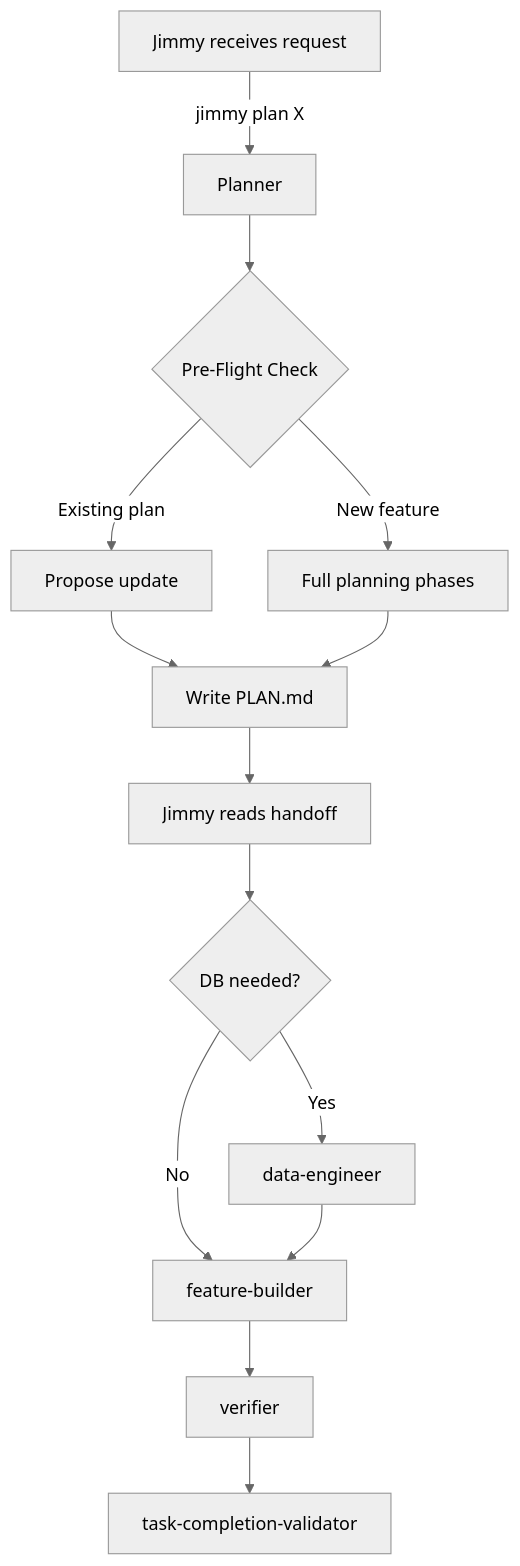
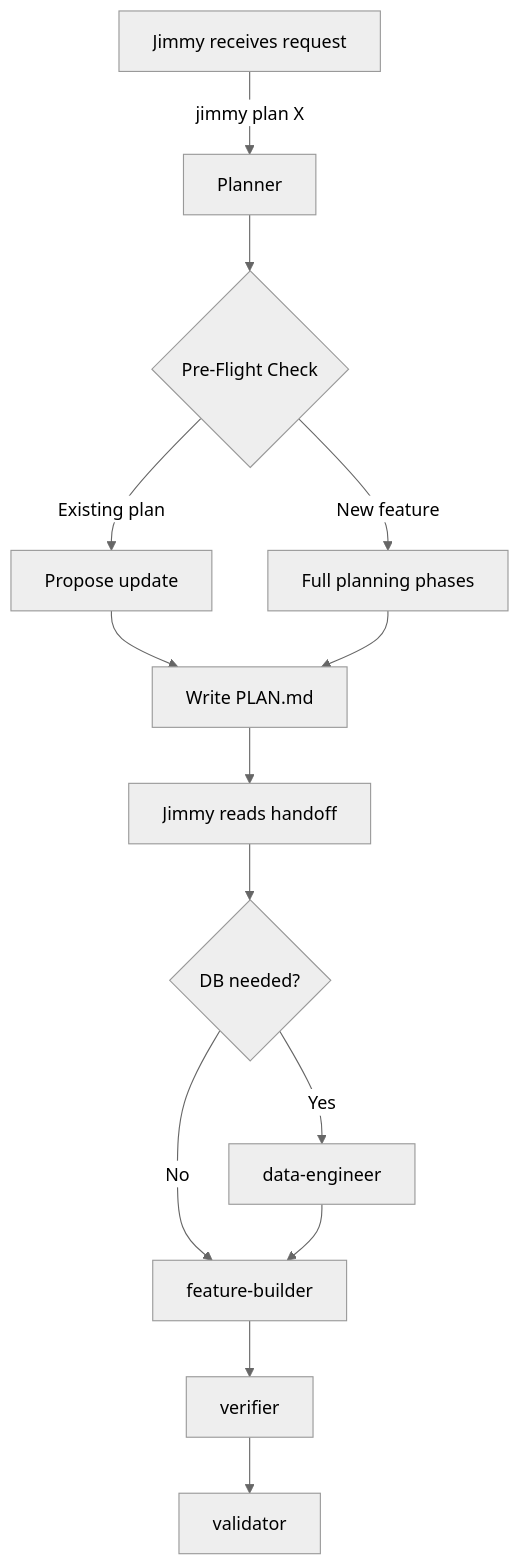
One commit to Patrickdoranlearning/hortitrack changed the sixth of 6 diagrams in .claude/agents/planner.md. Above: the diagram before and after it, drawn with Mermaid (neutral theme). The commit also changed other lines of this file and 110 other files, not shown here.

````diff
--- a/.claude/agents/planner.md
+++ b/.claude/agents/planner.md
@@ -761,16 +762,16 @@
 ```mermaid
 flowchart TD
     A[Jimmy receives request] -->|"jimmy plan X"| B[Planner]
     B --> C{Pre-Flight Check}
     C -->|Existing plan| D[Propose update]
     C -->|New feature| E[Full planning phases]
     D --> F[Write PLAN.md]
     E --> F
     F --> G[Jimmy reads handoff]
     G --> H{DB needed?}
     H -->|Yes| I[data-engineer]
     H -->|No| J[feature-builder]
     I --> J
     J --> K[verifier]
-    K --> L[task-completion-validator]
+    K --> L[validator]
 ```
````
